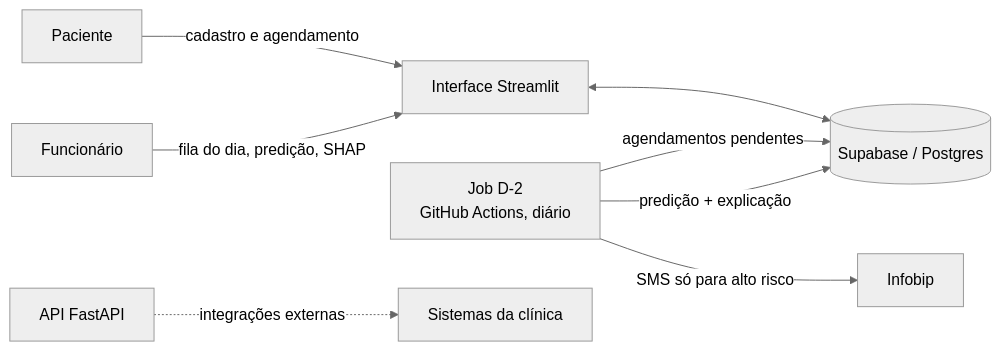
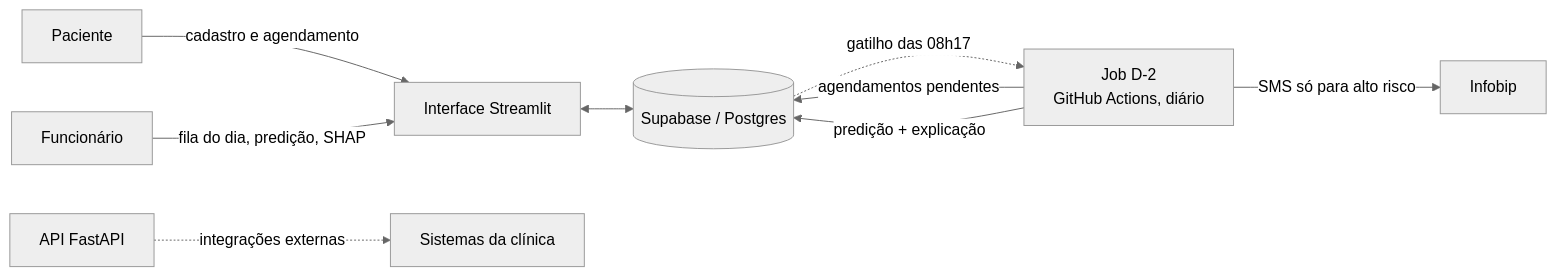
One commit to VL-in/ai-factory-saudeja changed the first of 2 diagrams in README.md. Above: the diagram before and after it, drawn with Mermaid (neutral theme). The commit also changed other lines of this file and 4 other files, not shown here.

````diff
--- a/README.md
+++ b/README.md
@@ -33,10 +33,11 @@
 ```mermaid
 flowchart LR
     P[Paciente] -->|cadastro e agendamento| UI[Interface Streamlit]
     F[Funcionário] -->|fila do dia, predição, SHAP| UI
     UI <--> DB[(Supabase / Postgres)]
+    DB -.->|gatilho das 08h17| JOB
     JOB[Job D-2<br/>GitHub Actions, diário] -->|agendamentos pendentes| DB
     JOB -->|predição + explicação| DB
     JOB -->|SMS só para alto risco| SMS[Infobip]
     API[API FastAPI] -.->|integrações externas| EXT[Sistemas da clínica]
 ```
````
